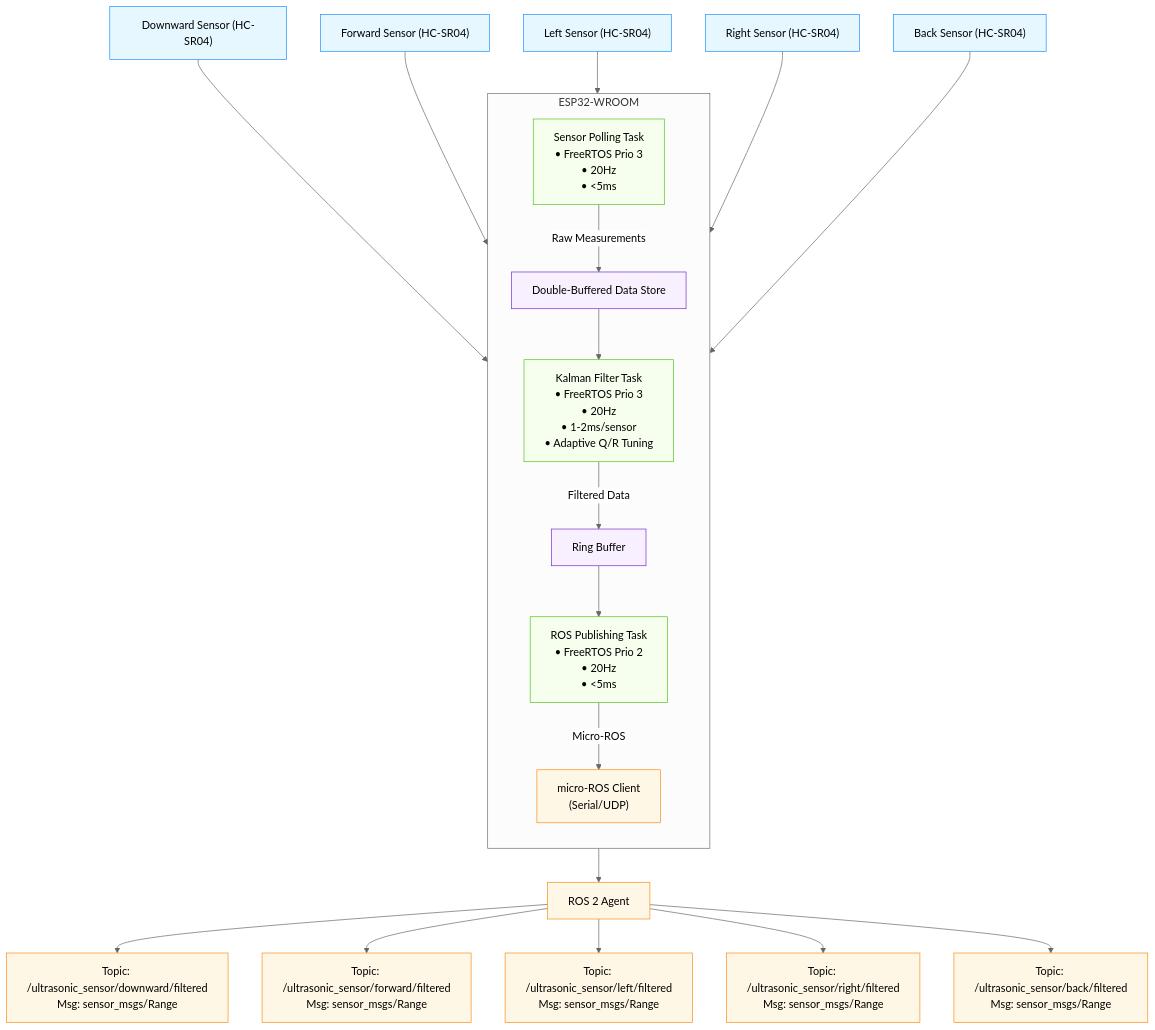
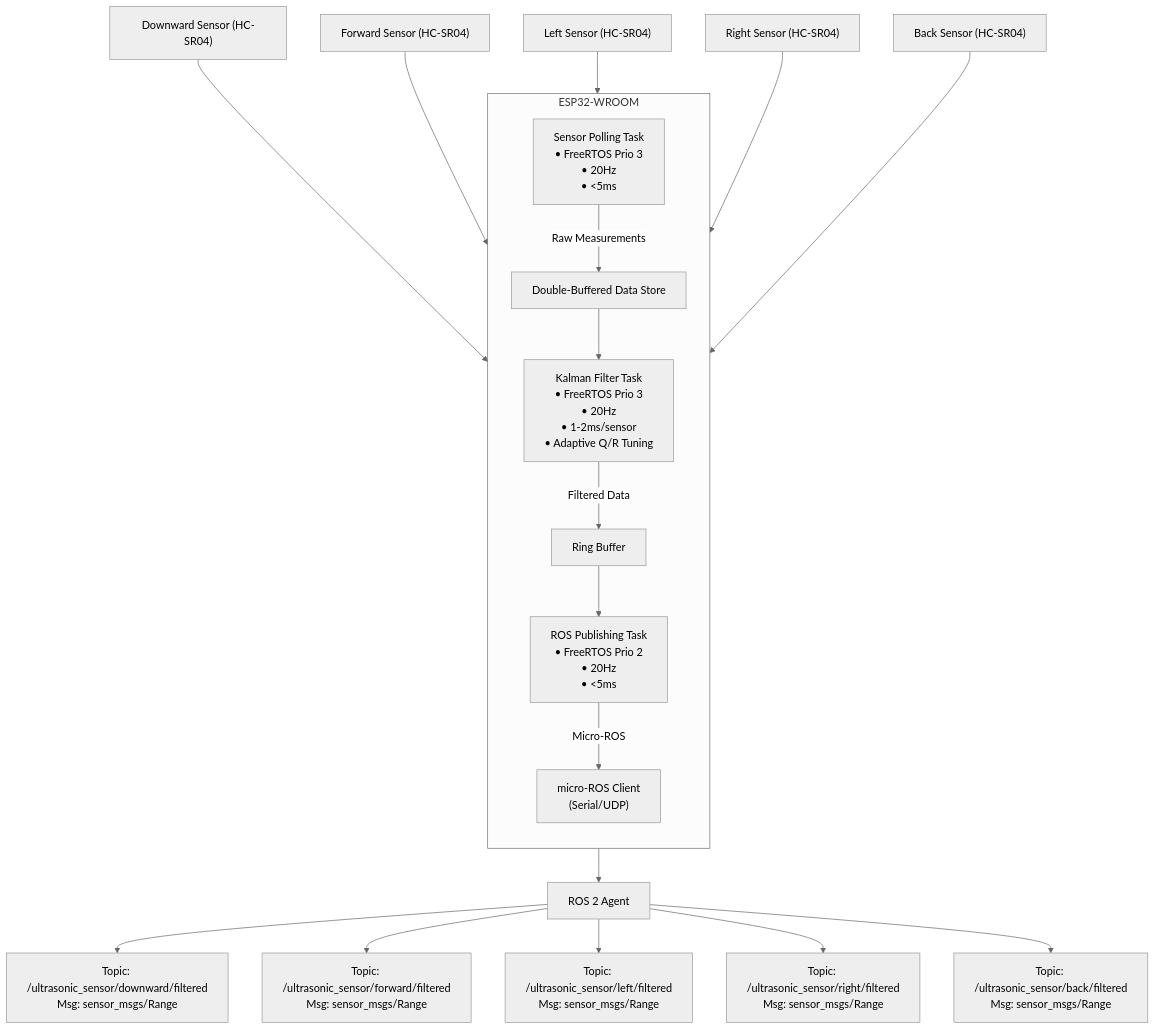
The second of 4 diagrams in README.md (Adem-Aoun/ROSonicCam), drawn with Mermaid (neutral theme) before and after one commit.

````diff
--- a/README.md
+++ b/README.md
@@ -61,33 +61,24 @@
 ```mermaid
 flowchart TB
     S1["Downward Sensor (HC-SR04)"] --> SP
     S2["Forward Sensor (HC-SR04)"] --> SP
     S3["Left Sensor (HC-SR04)"] --> SP
     S4["Right Sensor (HC-SR04)"] --> SP
     S5["Back Sensor (HC-SR04)"] --> SP
 
     subgraph ESP32["ESP32-WROOM"]
         direction TB
         SP["Sensor Polling Task\n• FreeRTOS Prio 3\n• 20Hz\n• <5ms"] -->|Raw Measurements| B["Double-Buffered Data Store"]
         B --> KF["Kalman Filter Task\n• FreeRTOS Prio 3\n• 20Hz\n• 1-2ms/sensor\n• Adaptive Q/R Tuning"]
         KF -->|Filtered Data| F["Ring Buffer"]
         F --> RP["ROS Publishing Task\n• FreeRTOS Prio 2\n• 20Hz\n• <5ms"]
         RP -->|Micro-ROS| M
     end
 
     M["micro-ROS Client\n(Serial/UDP)"] --> R["ROS 2 Agent"]
     R --> T1["Topic: /ultrasonic_sensor/downward/filtered\nMsg: sensor_msgs/Range"]
     R --> T2["Topic: /ultrasonic_sensor/forward/filtered\nMsg: sensor_msgs/Range"]
     R --> T3["Topic: /ultrasonic_sensor/left/filtered\nMsg: sensor_msgs/Range"]
     R --> T4["Topic: /ultrasonic_sensor/right/filtered\nMsg: sensor_msgs/Range"]
     R --> T5["Topic: /ultrasonic_sensor/back/filtered\nMsg: sensor_msgs/Range"]
-    
-    classDef sensor fill:#e6f7ff,stroke:#1890ff;
-    classDef task fill:#f6ffed,stroke:#52c41a;
-    classDef buffer fill:#f9f0ff,stroke:#722ed1;
-    classDef ros fill:#fff7e6,stroke:#fa8c16;
-    class S1,S2,S3,S4,S5 sensor;
-    class SP,KF,RP task;
-    class B,F buffer;
-    class M,R,T1,T2,T3,T4,T5 ros;
 ```
````
